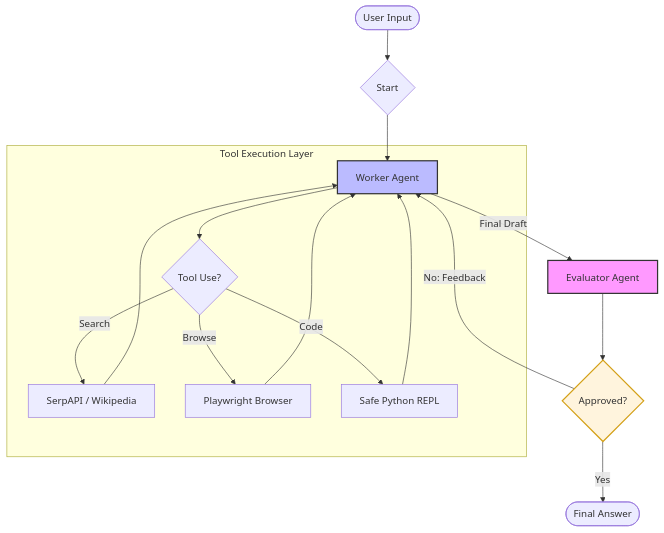
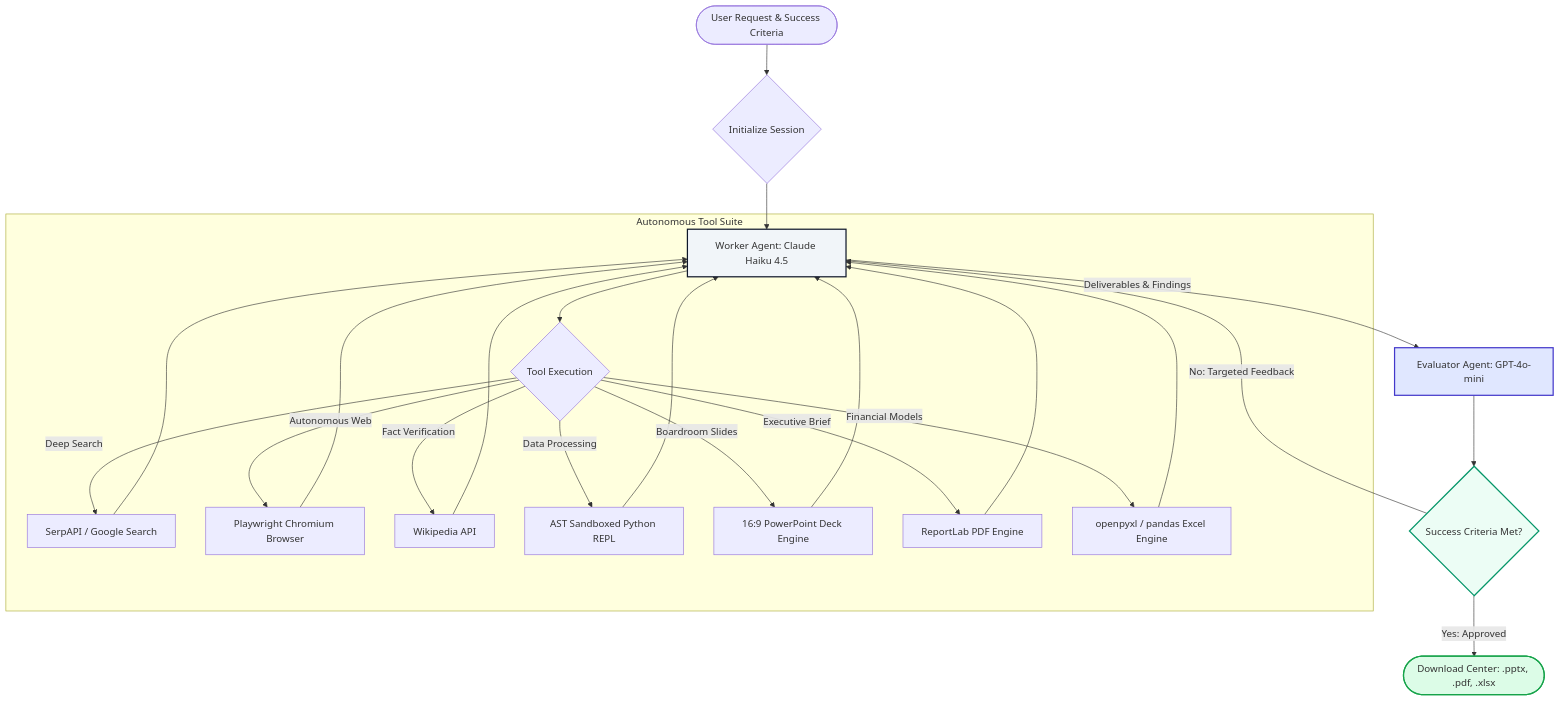
Before and after one commit to Samrude1/sidekick-ai-agent: the diagram in README.md, drawn with Mermaid. The commit also changed other lines of this file, not shown here.

Commit message:
docs: comprehensively update README.md with PowerPoint, PDF, Excel export suite, ephemeral session isolation, and enterprise architecture

````diff
--- a/README.md
+++ b/README.md
@@ -24,25 +42,35 @@
 ```mermaid
 graph TD
-    User([User Input]) --> Start{Start}
-    Start --> Worker[Worker Agent]
+    User([User Request & Success Criteria]) --> Start{Initialize Session}
+    Start --> Worker[Worker Agent: Claude Haiku 4.5]
     
-    subgraph "Tool Execution Layer"
-        Worker --> Tools{Tool Use?}
-        Tools -->|Search| Serp[SerpAPI / Wikipedia]
-        Tools -->|Browse| PW[Playwright Browser]
-        Tools -->|Code| REPL[Safe Python REPL]
+    subgraph "Autonomous Tool Suite"
+        Worker --> Tools{Tool Execution}
+        Tools -->|Deep Search| Serp[SerpAPI / Google Search]
+        Tools -->|Autonomous Web| PW[Playwright Chromium Browser]
+        Tools -->|Fact Verification| Wiki[Wikipedia API]
+        Tools -->|Data Processing| REPL[AST Sandboxed Python REPL]
+        Tools -->|Boardroom Slides| PPTX[16:9 PowerPoint Deck Engine]
+        Tools -->|Executive Brief| PDF[ReportLab PDF Engine]
+        Tools -->|Financial Models| XLS[openpyxl / pandas Excel Engine]
+        
         Serp --> Worker
         PW --> Worker
+        Wiki --> Worker
         REPL --> Worker
+        PPTX --> Worker
+        PDF --> Worker
+        XLS --> Worker
     end
 
-    Worker -->|Final Draft| Eval[Evaluator Agent]
-    Eval --> Check{Approved?}
+    Worker -->|Deliverables & Findings| Eval[Evaluator Agent: GPT-4o-mini]
+    Eval --> Check{Success Criteria Met?}
     
-    Check -->|No: Feedback| Worker
-    Check -->|Yes| End([Final Answer])
+    Check -->|No: Targeted Feedback| Worker
+    Check -->|Yes: Approved| Out([Download Center: .pptx, .pdf, .xlsx])
     
-    style Eval fill:#f9f,stroke:#333,stroke-width:2px
-    style Worker fill:#bbf,stroke:#333,stroke-width:2px
-    style Check fill:#fff4dd,stroke:#d4a017,stroke-width:2px
+    style Eval fill:#e0e7ff,stroke:#4338ca,stroke-width:2px
+    style Worker fill:#f1f5f9,stroke:#0f172a,stroke-width:2px
+    style Check fill:#ecfdf5,stroke:#059669,stroke-width:2px
+    style Out fill:#dcfce7,stroke:#16a34a,stroke-width:2px
 ```
````
